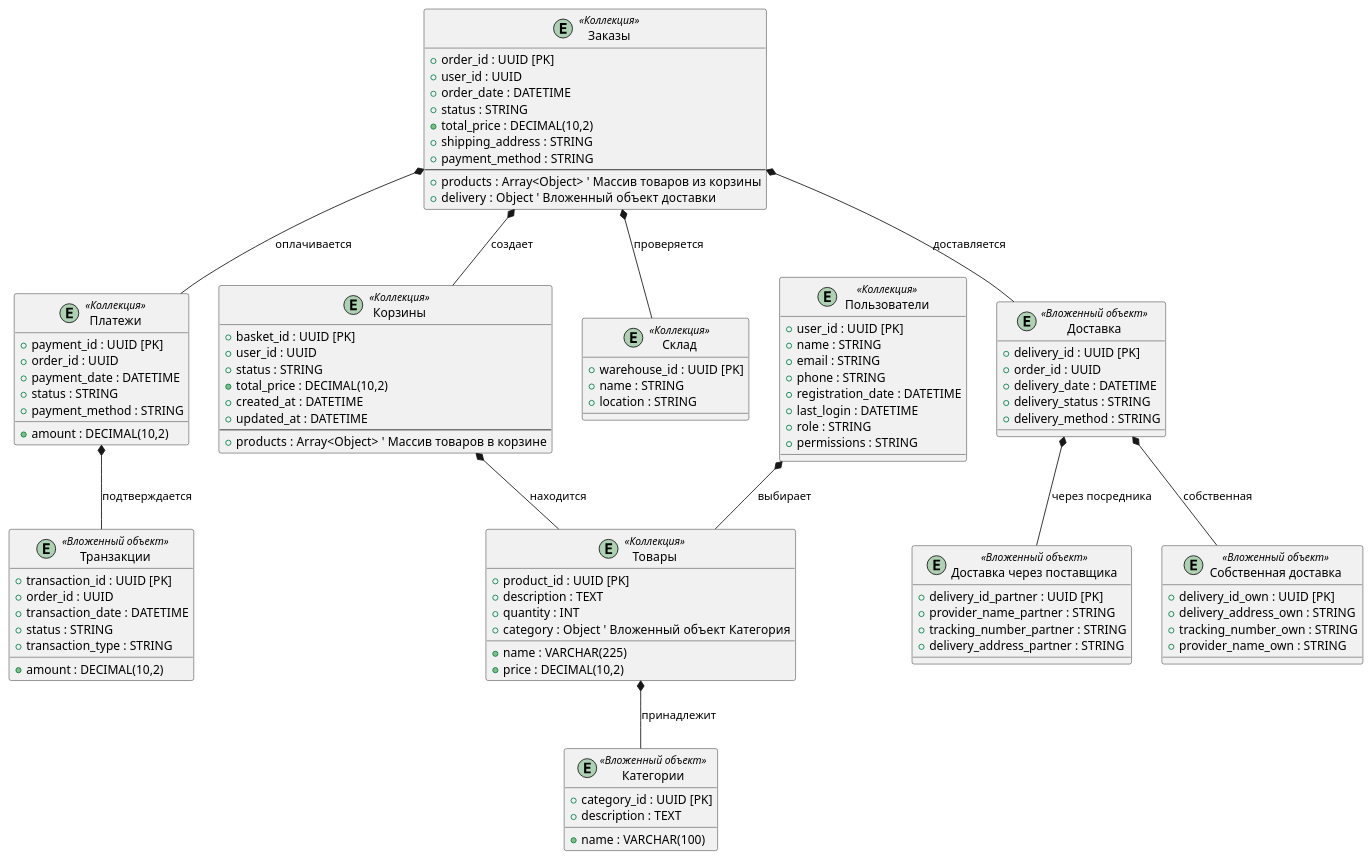
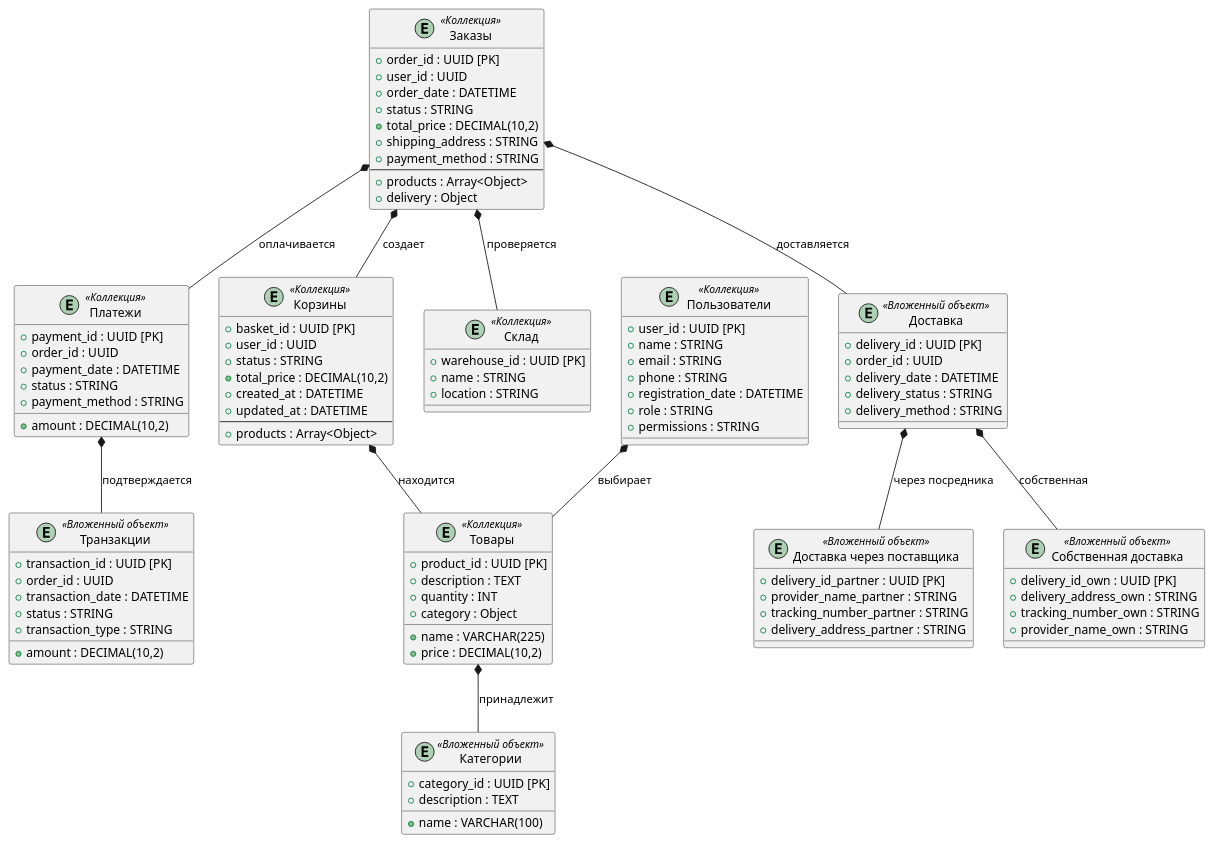
The diagram in DB_task_2/ER_NoSQL.puml (Lyudmila-55/Levchenko_analytics_practice), drawn with PlantUML before and after one commit.

Commit message:
change chart 4/0

```diff
--- a/DB_task_2/ER_NoSQL.puml
+++ b/DB_task_2/ER_NoSQL.puml
@@ -1,109 +1,108 @@
 @startuml
 entity "Товары" as Products <<Коллекция>> {
     + product_id : UUID [PK]
     + name : VARCHAR(225)
     + description : TEXT
     + price : DECIMAL(10,2)
     + quantity : INT
-    + category : Object  ' Вложенный объект Категория
+    + category : Object  
 }
 
 entity "Категории" as Categories <<Вложенный объект>> {
     + category_id : UUID [PK]
     + name : VARCHAR(100)
     + description : TEXT
 }
 
 entity "Корзины" as Baskets <<Коллекция>> {
     + basket_id : UUID [PK]
     + user_id : UUID
     + status : STRING
     + total_price : DECIMAL(10,2)
     + created_at : DATETIME
     + updated_at : DATETIME
     --
-    + products : Array<Object>  ' Массив товаров в корзине
+    + products : Array<Object> 
 }
 
 entity "Заказы" as Orders <<Коллекция>> {
     + order_id : UUID [PK]
     + user_id : UUID
     + order_date : DATETIME
     + status : STRING
     + total_price : DECIMAL(10,2)
     + shipping_address : STRING
     + payment_method : STRING
     --
-    + products : Array<Object>  ' Массив товаров из корзины
-    + delivery : Object  ' Вложенный объект доставки
+    + products : Array<Object>  
+    + delivery : Object  
 }
 
 entity "Транзакции" as Transactions <<Вложенный объект>> {
     + transaction_id : UUID [PK]
     + order_id : UUID
     + transaction_date : DATETIME
     + amount : DECIMAL(10,2)
     + status : STRING
     + transaction_type : STRING
 }
 
 entity "Платежи" as Payments <<Коллекция>> {
     + payment_id : UUID [PK]
     + order_id : UUID
     + payment_date : DATETIME
     + amount : DECIMAL(10,2)
     + status : STRING
     + payment_method : STRING
 }
 
 entity "Склад" as Warehouse <<Коллекция>> {
     + warehouse_id : UUID [PK]
     + name : STRING
     + location : STRING
 }
 
 entity "Пользователи" as Users <<Коллекция>> {
     + user_id : UUID [PK]
     + name : STRING
     + email : STRING
     + phone : STRING
     + registration_date : DATETIME
-    + last_login : DATETIME
     + role : STRING  
     + permissions : STRING 
 }
 
 entity "Доставка" as Delivery <<Вложенный объект>> {
     + delivery_id : UUID [PK]
     + order_id : UUID
     + delivery_date : DATETIME
     + delivery_status : STRING 
     + delivery_method : STRING
 }
 
 entity "Собственная доставка" as OwnDelivery <<Вложенный объект>> {
     + delivery_id_own : UUID [PK]
     + delivery_address_own : STRING
     + tracking_number_own : STRING
     + provider_name_own : STRING 
 }
 
 entity "Доставка через поставщика" as PartnerDelivery <<Вложенный объект>> {
     + delivery_id_partner : UUID [PK]
     + provider_name_partner : STRING 
     + tracking_number_partner : STRING 
     + delivery_address_partner : STRING
 }
 
 Users *-- Products : выбирает
 Products *-- Categories : принадлежит
 Baskets *-- Products : находится
 Orders *-- Baskets : создает
 Orders *-- Warehouse : проверяется
 Orders *-- Payments : оплачивается
 Payments *-- Transactions : подтверждается
 Orders *-- Delivery : доставляется
 Delivery *-- OwnDelivery : собственная
 Delivery *-- PartnerDelivery : через посредника
 
 @enduml
```
